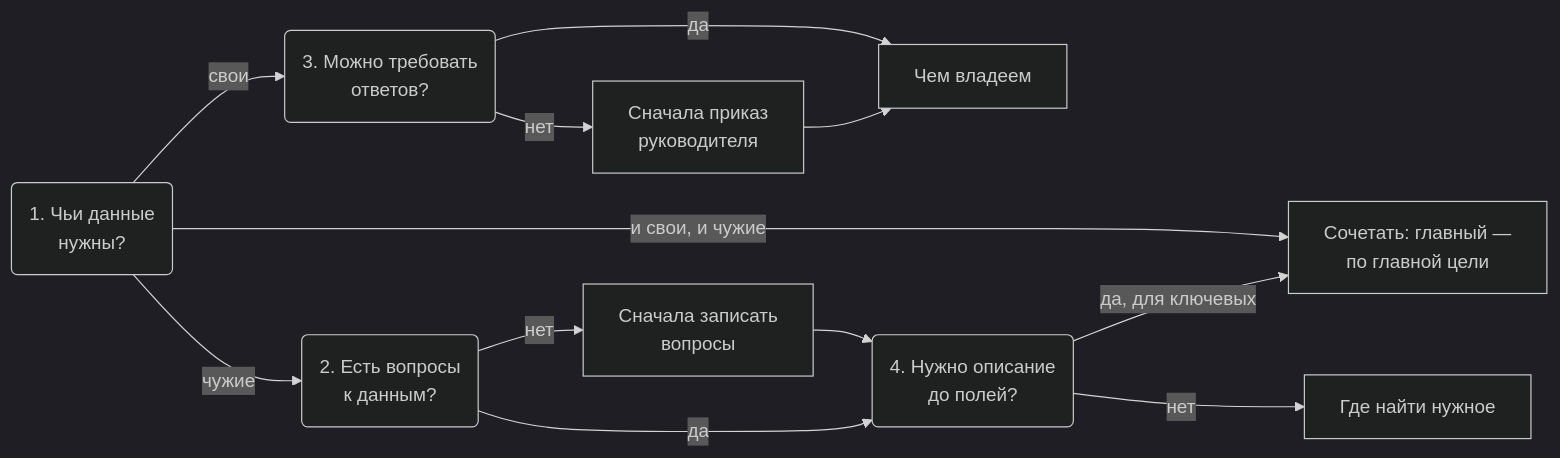
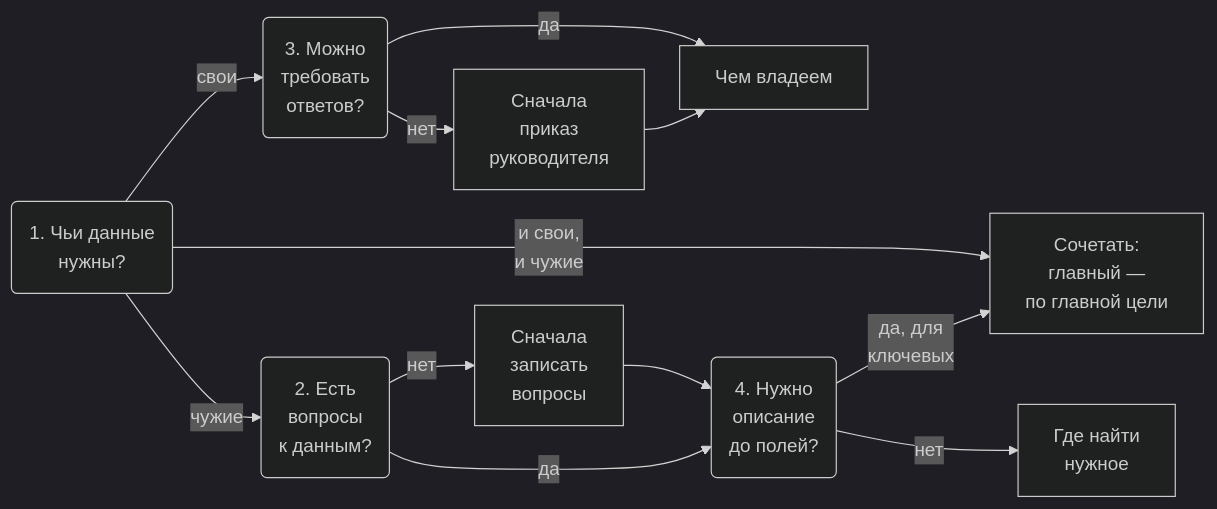
Before and after one commit to ivbeg/data-inventory: the second of 2 diagrams in docs/02-approaches/01-two-approaches.md, drawn with Mermaid (dark theme). The commit also changed 34 other files, not shown here.

First line of the commit message:
Читаемая карта от продукта и единый размер схем в PDF

````diff
--- a/docs/02-approaches/01-two-approaches.md
+++ b/docs/02-approaches/01-two-approaches.md
@@ -42,13 +42,21 @@
 ```mermaid
+---
+config:
+  layout: dagre
+  flowchart:
+    rankSpacing: 30
+    nodeSpacing: 30
+    minNodeWidth: 40
+---
 flowchart LR
   Q1("1. Чьи данные<br/>нужны?")
-  Q1 -->|"свои"| Q3("3. Можно требовать<br/>ответов?")
-  Q1 -->|"и свои, и чужие"| C["Сочетать: главный —<br/>по главной цели"]
-  Q1 -->|"чужие"| Q2("2. Есть вопросы<br/>к данным?")
+  Q1 -->|"свои"| Q3("3. Можно<br/>требовать<br/>ответов?")
+  Q1 -->|"и свои,<br/>и чужие"| C["Сочетать:<br/>главный —<br/>по главной цели"]
+  Q1 -->|"чужие"| Q2("2. Есть<br/>вопросы<br/>к данным?")
   Q3 -->|"да"| OWN["Чем владеем"]
-  Q3 -->|"нет"| ORD["Сначала приказ<br/>руководителя"] --> OWN
-  Q2 -->|"нет"| QQ["Сначала записать<br/>вопросы"] --> Q4
-  Q2 -->|"да"| Q4("4. Нужно описание<br/>до полей?")
-  Q4 -->|"нет"| NEED["Где найти нужное"]
-  Q4 -->|"да, для ключевых"| C
+  Q3 -->|"нет"| ORD["Сначала<br/>приказ<br/>руководителя"] --> OWN
+  Q2 -->|"нет"| QQ["Сначала<br/>записать<br/>вопросы"] --> Q4
+  Q2 -->|"да"| Q4("4. Нужно<br/>описание<br/>до полей?")
+  Q4 -->|"нет"| NEED["Где найти<br/>нужное"]
+  Q4 -->|"да, для<br/>ключевых"| C
 ```
````
